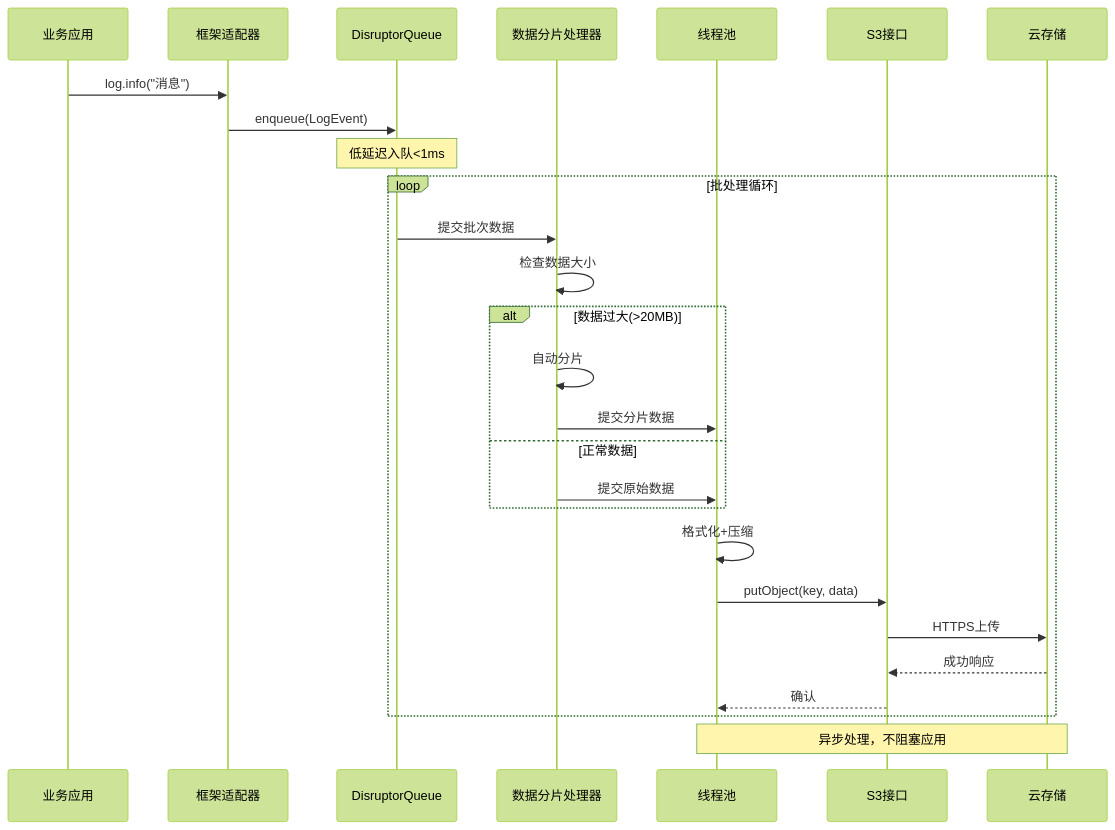
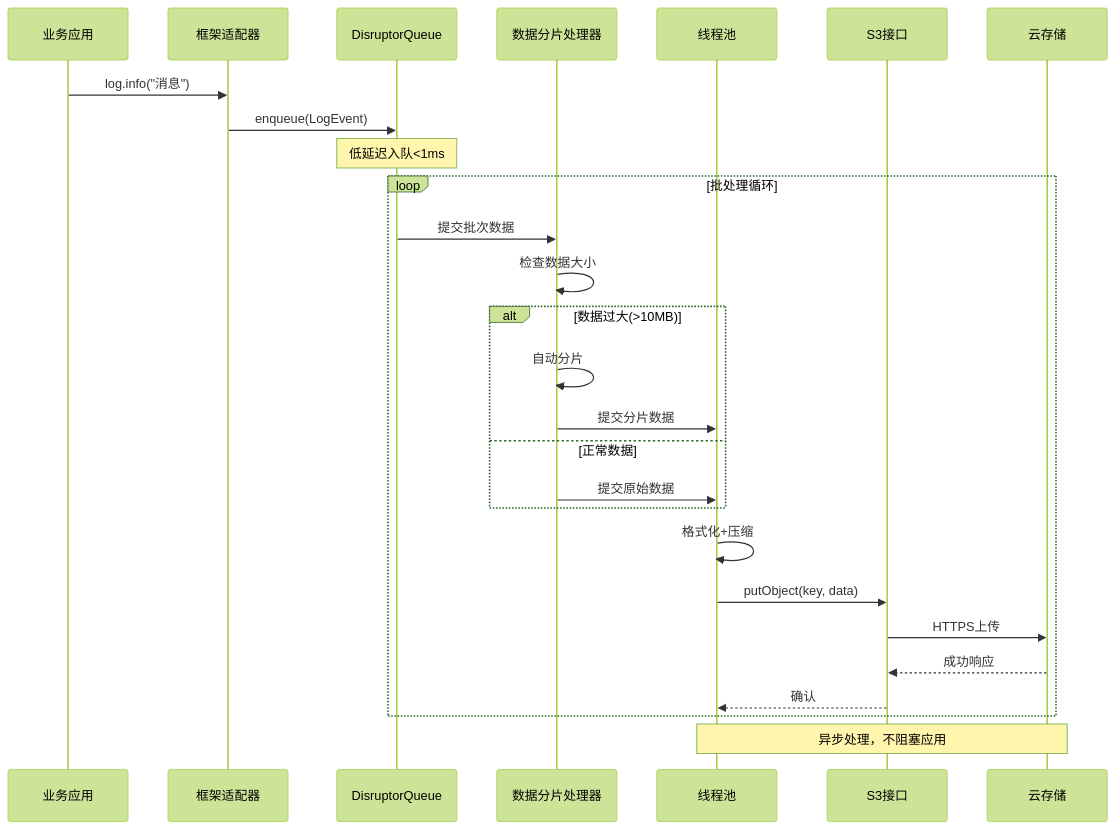
The second of 3 diagrams in docs/architecture.md (kzy77/logx-oss-appender), drawn with Mermaid (forest theme) before and after one commit. The commit also changed other lines of this file and 46 other files, not shown here.

````diff
--- a/docs/architecture.md
+++ b/docs/architecture.md
@@ -308,33 +300,33 @@
 ```mermaid
 sequenceDiagram
     participant App as 业务应用
     participant Adapter as 框架适配器
     participant Queue as DisruptorQueue
     participant Sharding as 数据分片处理器
     participant Pool as 线程池
     participant Storage as S3接口
     participant Cloud as 云存储
 
     App->>Adapter: log.info("消息")
     Adapter->>Queue: enqueue(LogEvent)
 
     Note over Queue: 低延迟入队<1ms
 
     loop 批处理循环
         Queue->>Sharding: 提交批次数据
         Sharding->>Sharding: 检查数据大小
-        alt 数据过大(>20MB)
+        alt 数据过大(>10MB)
             Sharding->>Sharding: 自动分片
             Sharding->>Pool: 提交分片数据
         else 正常数据
             Sharding->>Pool: 提交原始数据
         end
         Pool->>Pool: 格式化+压缩
         Pool->>Storage: putObject(key, data)
         Storage->>Cloud: HTTPS上传
         Cloud-->>Storage: 成功响应
         Storage-->>Pool: 确认
     end
 
     Note over Pool,Cloud: 异步处理，不阻塞应用
 ```
````
